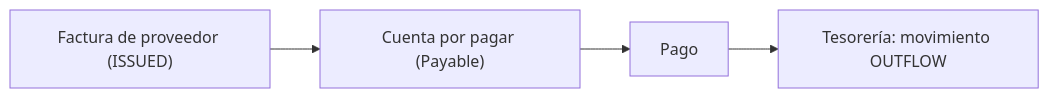
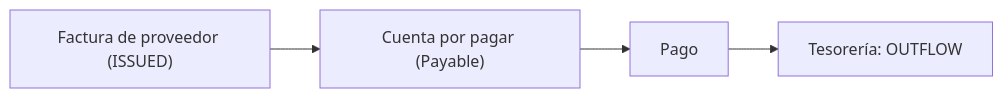
The ninth of 10 diagrams in docs/bloqer2.0/GUIA_OPERATIVA_BLOQER_V2_REVISADA.md (simonbravin/bloqer-v2), drawn with Mermaid before and after one commit. The commit also changed other lines of this file and 24 other files, not shown here.

````diff
--- a/docs/bloqer2.0/GUIA_OPERATIVA_BLOQER_V2_REVISADA.md
+++ b/docs/bloqer2.0/GUIA_OPERATIVA_BLOQER_V2_REVISADA.md
@@ -469,5 +496,5 @@
 ```mermaid
 flowchart LR
   SI["Factura de proveedor (ISSUED)"] --> AP["Cuenta por pagar (Payable)"]
-  AP --> PAY["Pago"] --> TES["Tesorería: movimiento OUTFLOW"]
+  AP --> PAY["Pago"] --> TES["Tesorería: OUTFLOW"]
 ```
````
